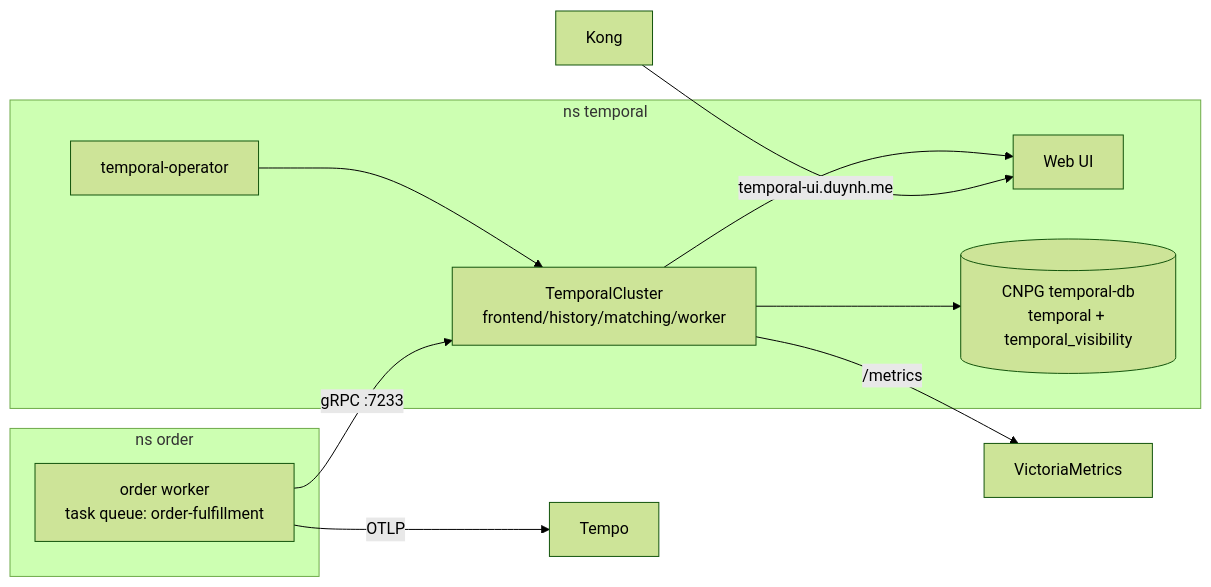
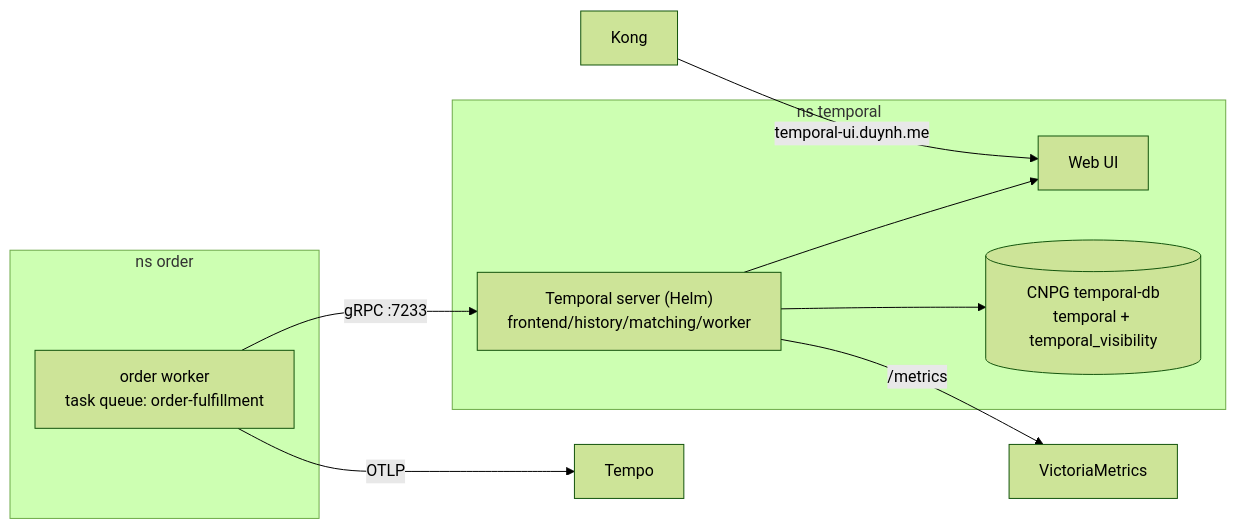
The third of 3 diagrams in docs/architecture/temporal-order-fulfillment.md (duynhlab/homelab), drawn with Mermaid (forest theme) before and after one commit. The commit also changed other lines of this file and 1 other file, not shown here.

First line of the commit message:
Spec: official temporalio/helm-charts (1.27.x) + async checkout

````diff
--- a/docs/architecture/temporal-order-fulfillment.md
+++ b/docs/architecture/temporal-order-fulfillment.md
@@ -93,19 +97,17 @@
 ```mermaid
 flowchart LR
     subgraph ns_temporal[ns temporal]
-        OP[temporal-operator]
-        TC[TemporalCluster<br/>frontend/history/matching/worker]
+        TC["Temporal server (Helm)<br/>frontend/history/matching/worker"]
         UI[Web UI]
         TDB[(CNPG temporal-db<br/>temporal + temporal_visibility)]
-        OP --> TC
         TC --> TDB
         TC --> UI
     end
     subgraph ns_order[ns order]
         OW[order worker<br/>task queue: order-fulfillment]
     end
     OW -- gRPC :7233 --> TC
     Kong[Kong] -- temporal-ui.duynh.me --> UI
     TC -- /metrics --> VM[VictoriaMetrics]
     OW -- OTLP --> Tempo
 ```
````
